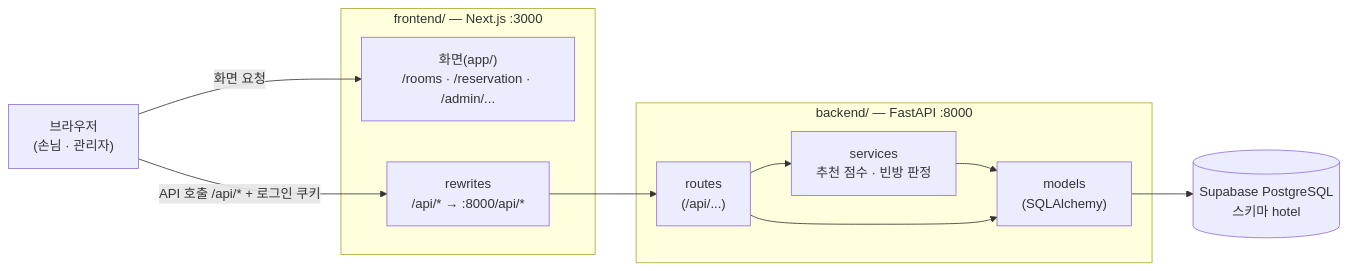
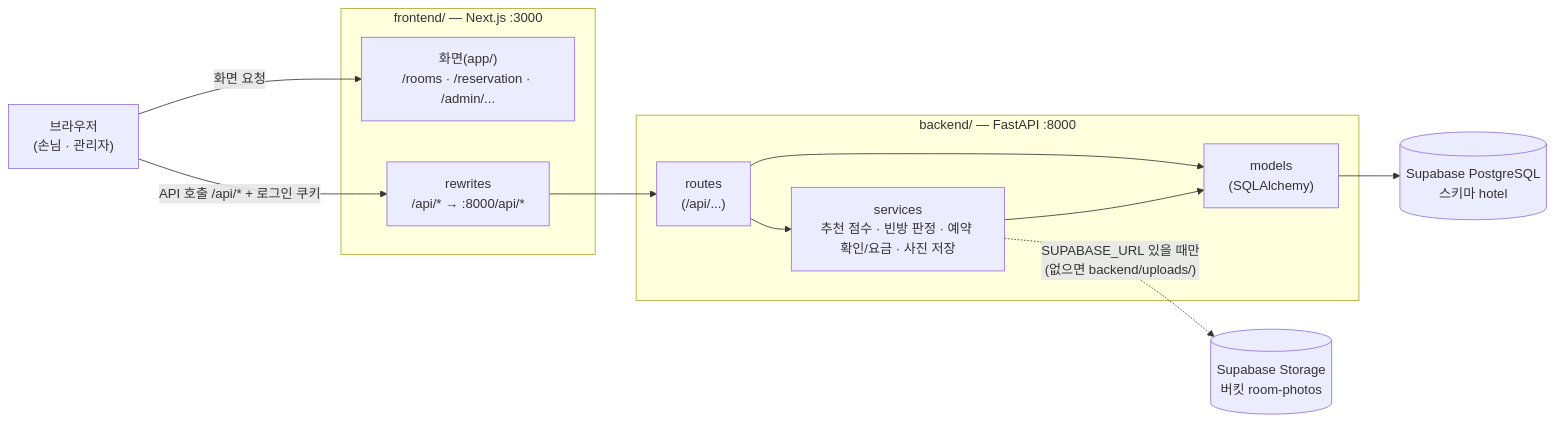
Before and after one commit to hotel-sol/Hotel-reservation: the first of 6 diagrams in docs/ARCHITECTURE.md, drawn with Mermaid. The commit also changed other lines of this file and 20 other files, not shown here.

````diff
--- a/docs/ARCHITECTURE.md
+++ b/docs/ARCHITECTURE.md
@@ -9,21 +9,23 @@
 ```mermaid
 flowchart LR
     U["브라우저<br/>(손님 · 관리자)"]
     subgraph FE["frontend/ — Next.js :3000"]
         P["화면(app/)<br/>/rooms · /reservation · /admin/..."]
         RW["rewrites<br/>/api/* → :8000/api/*"]
     end
     subgraph BE["backend/ — FastAPI :8000"]
         R["routes<br/>(/api/...)"]
-        S["services<br/>추천 점수 · 빈방 판정"]
+        S["services<br/>추천 점수 · 빈방 판정 · 예약 확인/요금 · 사진 저장"]
         M["models<br/>(SQLAlchemy)"]
     end
     DB[("Supabase PostgreSQL<br/>스키마 hotel")]
+    ST[("Supabase Storage<br/>버킷 room-photos")]
 
     U -- "화면 요청" --> P
     U -- "API 호출 /api/* + 로그인 쿠키" --> RW
     RW --> R
     R --> S --> M
     R --> M
     M --> DB
+    S -.->|"SUPABASE_URL 있을 때만<br/>(없으면 backend/uploads/)"| ST
 ```
````
